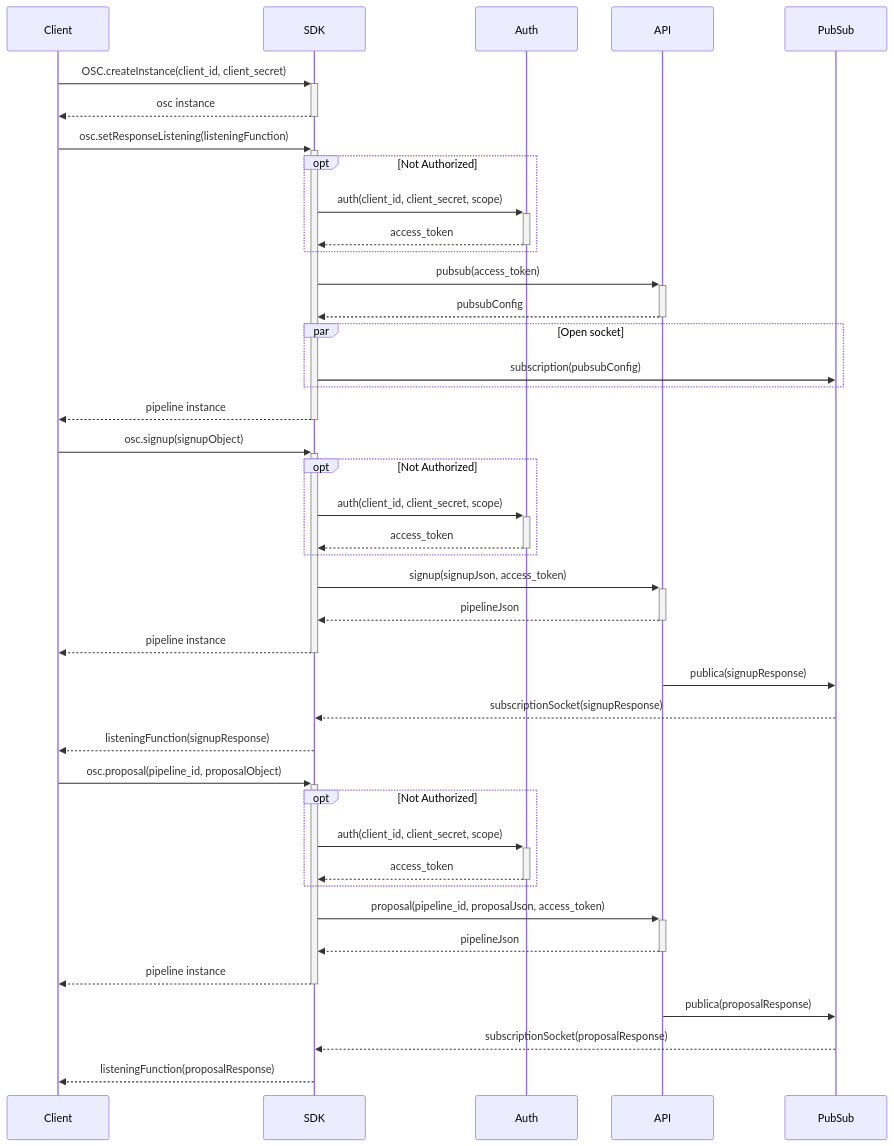
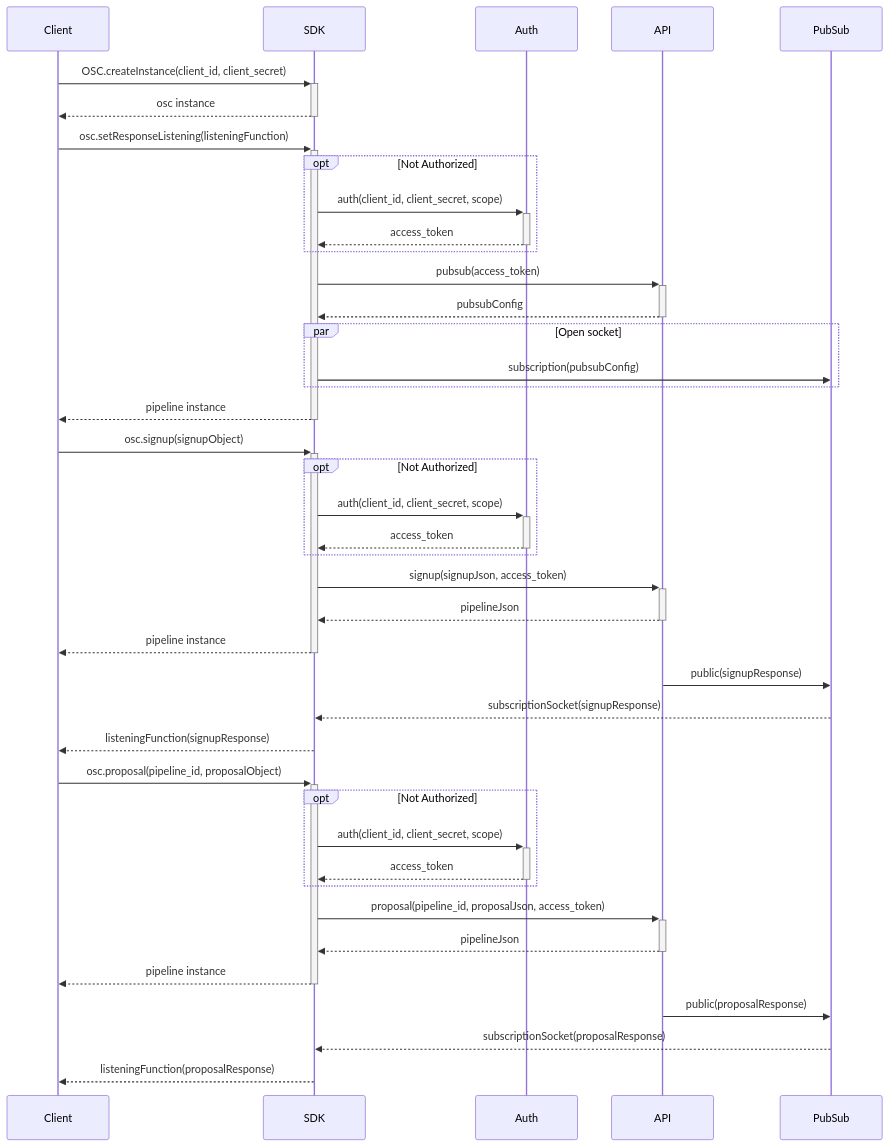
One commit to Fitbank-Pagamentos-Eletronicos/osc-sdk-nodejs changed the second of 3 diagrams in README.md. Above: the diagram before and after it, drawn with Mermaid. The commit also changed other lines of this file, not shown here.

````diff
--- a/README.md
+++ b/README.md
@@ -157,48 +157,48 @@
 ```mermaid
 sequenceDiagram
     participant Client
     participant SDK
     participant Auth
     participant API
     participant PubSub
 
     Client->>+SDK: OSC.createInstance(client_id, client_secret)
     SDK-->>-Client: osc instance
 
     Client->>+SDK: osc.setResponseListening(listeningFunction)
         opt Not Authorized
             SDK->>+Auth: auth(client_id, client_secret, scope)
             Auth-->>-SDK: access_token
         end
         SDK->>+API: pubsub(access_token)
         API-->>-SDK: pubsubConfig
         par Open socket
             SDK->>PubSub: subscription(pubsubConfig)
         end
     SDK-->>-Client: pipeline instance
 
     Client->>+SDK: osc.signup(signupObject)
         opt Not Authorized
             SDK->>+Auth: auth(client_id, client_secret, scope)
             Auth-->>-SDK: access_token
         end
         SDK->>+API: signup(signupJson, access_token)
         API-->>-SDK: pipelineJson
     SDK-->>-Client: pipeline instance
-    API->>PubSub: publica(signupResponse)
+    API->>PubSub: public(signupResponse)
     PubSub-->>SDK: subscriptionSocket(signupResponse)
     SDK-->>Client: listeningFunction(signupResponse)
 
     Client->>+SDK: osc.proposal(pipeline_id, proposalObject)
         opt Not Authorized
             SDK->>+Auth: auth(client_id, client_secret, scope)
             Auth-->>-SDK: access_token
         end
         SDK->>+API: proposal(pipeline_id, proposalJson, access_token)
         API-->>-SDK: pipelineJson
     SDK-->>-Client: pipeline instance
-    API->>PubSub: publica(proposalResponse)
+    API->>PubSub: public(proposalResponse)
     PubSub-->>SDK: subscriptionSocket(proposalResponse)
     SDK-->>Client: listeningFunction(proposalResponse)
 
 ```
````
